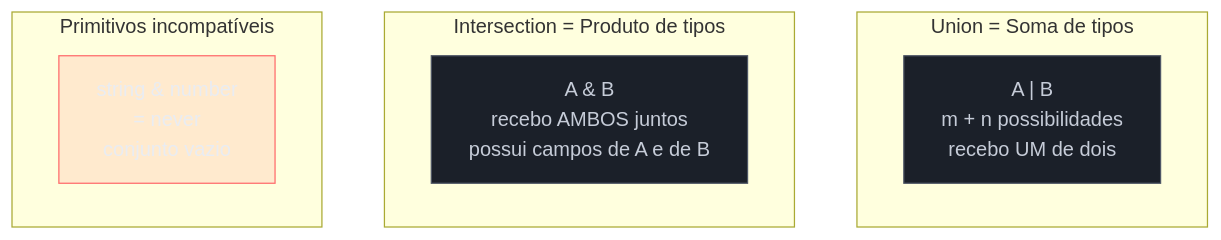
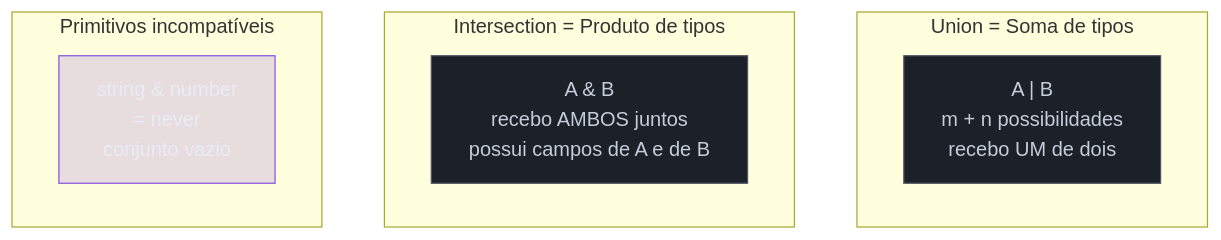
The third of 4 diagrams in 03-Dominios/Tecnologia/TypeScript/07 - Union e intersection types.md (josenaldo/codex-technomanticus), drawn with Mermaid before and after one commit. The commit also changed other lines of this file and 601 other files, not shown here.

````diff
--- a/03-Dominios/Tecnologia/TypeScript/07 - Union e intersection types.md
+++ b/03-Dominios/Tecnologia/TypeScript/07 - Union e intersection types.md
@@ -187,18 +187,18 @@
 ```mermaid
 graph TD
+    classDef marca fill:#8855DF33,stroke:#8855DF,color:#E9ECF2
     classDef neutro fill:#1B2029,stroke:#4E5666,color:#C6CCD8
-    classDef falha fill:#FF6B6B24,stroke:#FF6B6B,color:#E9ECF2
     subgraph SOMA["Union = Soma de tipos"]
         S["A | B\nm + n possibilidades\nrecebo UM de dois"]
     end
     subgraph PRODUTO["Intersection = Produto de tipos"]
         P["A & B\nrecebo AMBOS juntos\npossui campos de A e de B"]
     end
     subgraph VAZIO["Primitivos incompatíveis"]
         V["string & number\n= never\nconjunto vazio"]
     end
 
     class S neutro
     class P neutro
-    class V falha
+    class V marca
 ```
````
